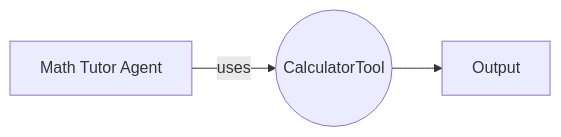
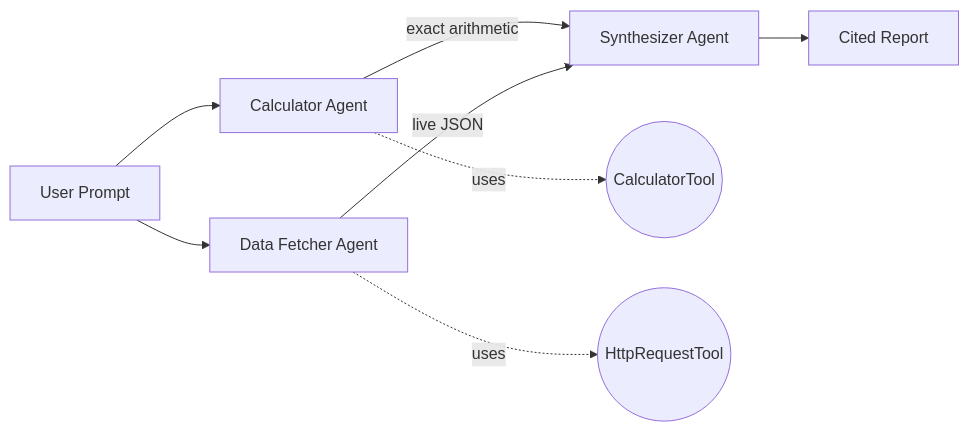
One commit to intelliswarm-ai/swarm-ai-examples changed the diagram in agent-with-tool-calling/README.md. Above: the diagram before and after it, drawn with Mermaid. The commit also changed other lines of this file and 55 other files, not shown here.

````diff
--- a/agent-with-tool-calling/README.md
+++ b/agent-with-tool-calling/README.md
@@ -7,5 +9,10 @@
 ```mermaid
 graph LR
-    A[Math Tutor Agent] -->|uses| B((CalculatorTool))
-    B --> C[Output]
+    User[User Prompt] --> Calc[Calculator Agent]
+    User --> Fetch[Data Fetcher Agent]
+    Calc -->|exact arithmetic| Synth[Synthesizer Agent]
+    Fetch -->|live JSON| Synth
+    Synth --> Report[Cited Report]
+    Calc -.uses.-> CT((CalculatorTool))
+    Fetch -.uses.-> HT((HttpRequestTool))
 ```
````
